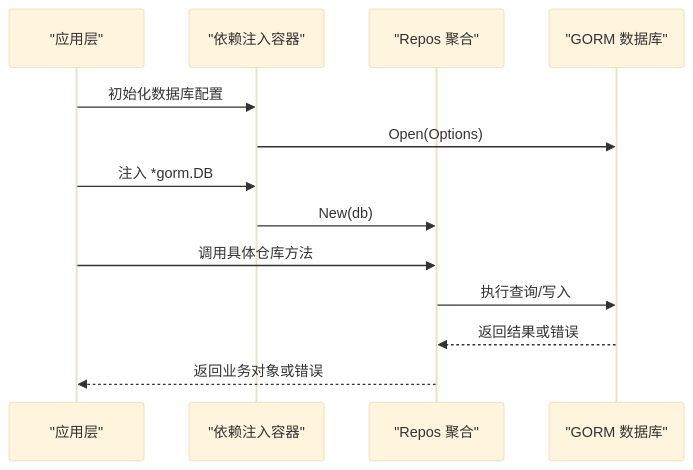
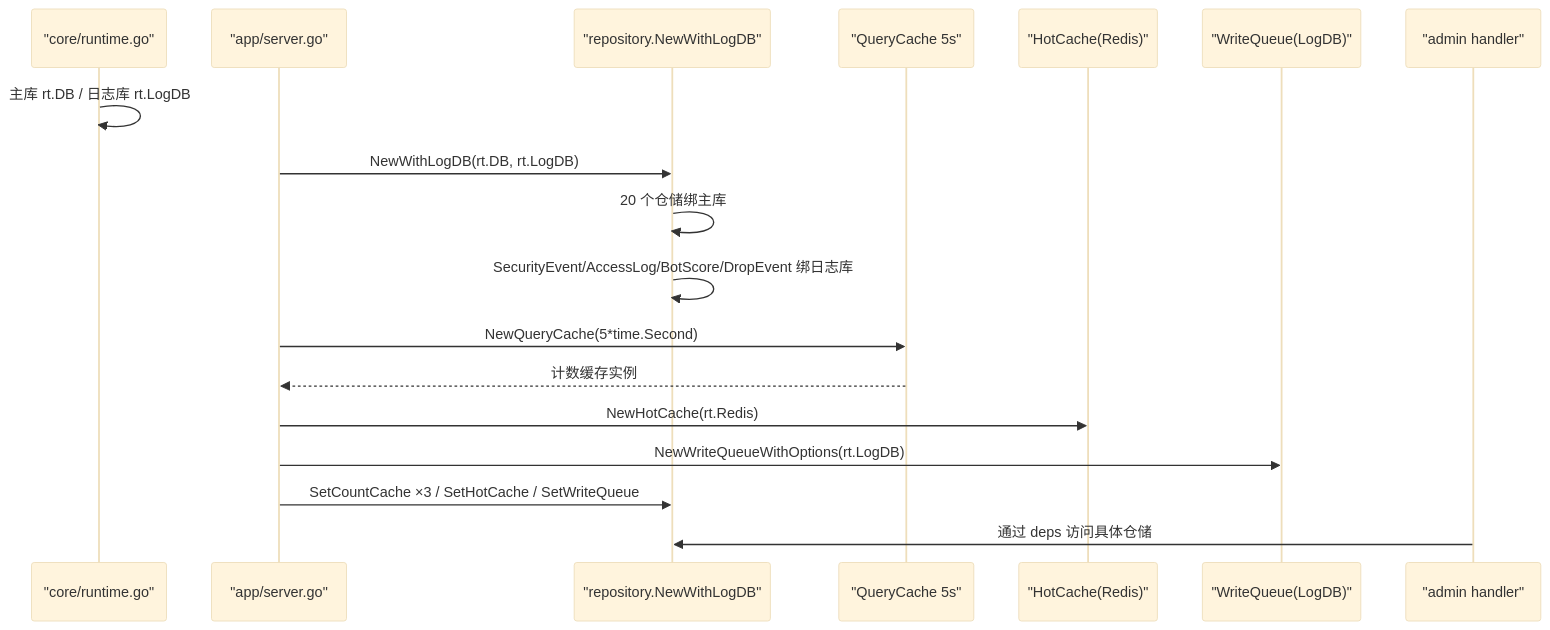
Before and after one commit to x01n/My-OpenWaf: the second of 6 diagrams in docs/数据存储层/数据访问层设计.md, drawn with Mermaid (base theme). The commit also changed other lines of this file and 622 other files, not shown here.

````diff
--- a/docs/数据存储层/数据访问层设计.md
+++ b/docs/数据存储层/数据访问层设计.md
@@ -83,15 +226,20 @@
 ```mermaid
 sequenceDiagram
-participant App as "应用层"
-participant DI as "依赖注入容器"
-participant Repo as "Repos 聚合"
-participant DB as "GORM 数据库"
-App->>DI : 初始化数据库配置
-DI->>DB : Open(Options)
-App->>DI : 注入 *gorm.DB
-DI->>Repo : New(db)
-App->>Repo : 调用具体仓库方法
-Repo->>DB : 执行查询/写入
-DB-->>Repo : 返回结果或错误
-Repo-->>App : 返回业务对象或错误
+participant RT as "core/runtime.go"
+participant SRV as "app/server.go"
+participant NEW as "repository.NewWithLogDB"
+participant QC as "QueryCache 5s"
+participant HOT as "HotCache(Redis)"
+participant WQ as "WriteQueue(LogDB)"
+participant H as "admin handler"
+RT->>RT : 主库 rt.DB / 日志库 rt.LogDB
+SRV->>NEW : NewWithLogDB(rt.DB, rt.LogDB)
+NEW->>NEW : 20 个仓储绑主库
+NEW->>NEW : SecurityEvent/AccessLog/BotScore/DropEvent 绑日志库
+SRV->>QC : NewQueryCache(5*time.Second)
+QC-->>SRV : 计数缓存实例
+SRV->>HOT : NewHotCache(rt.Redis)
+SRV->>WQ : NewWriteQueueWithOptions(rt.LogDB)
+SRV->>NEW : SetCountCache ×3 / SetHotCache / SetWriteQueue
+H->>NEW : 通过 deps 访问具体仓储
 ```
````
